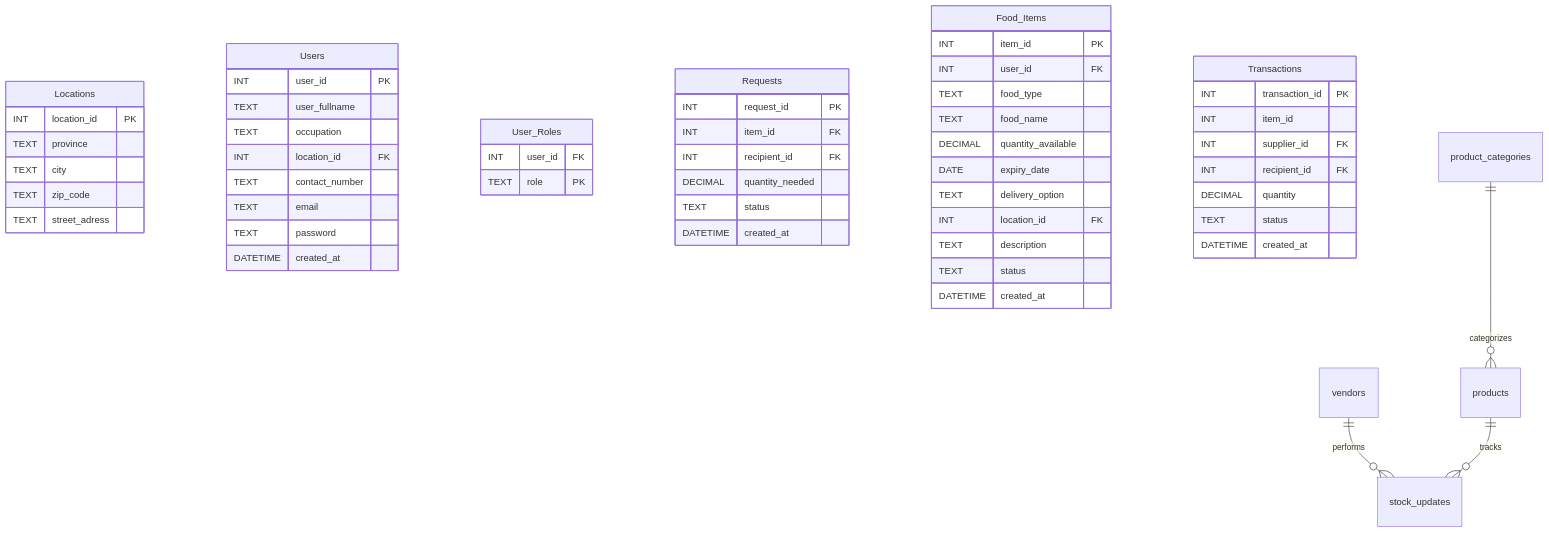
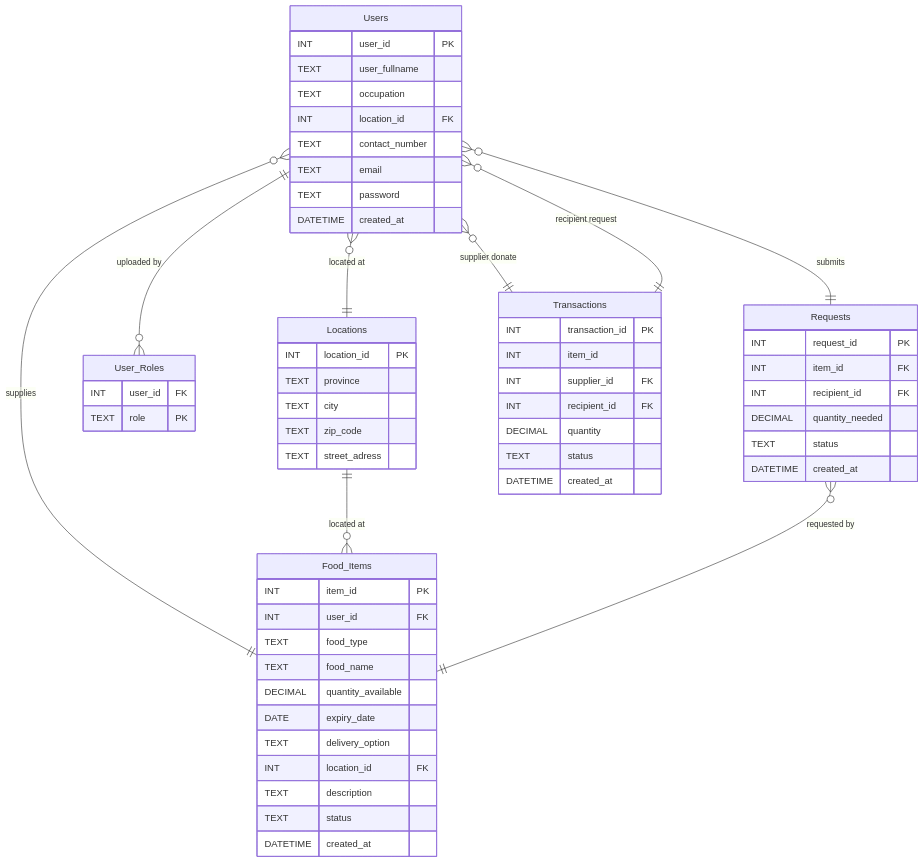
One commit to Cassidy-Thersby/BFB-321 changed the diagram in readme.md. Above: the diagram before and after it, drawn with Mermaid. The commit also changed other lines of this file, not shown here.

First line of the commit message:
Revise database schema and table descriptions in README

````diff
--- a/readme.md
+++ b/readme.md
@@ -68,64 +68,68 @@
 ```mermaid
 erDiagram
    Locations {
         INT  location_id PK
         TEXT province
         TEXT city
         TEXT zip_code
         TEXT street_adress
     }
 
    Users {
         INT user_id PK
         TEXT user_fullname 
         TEXT occupation
         INT location_id FK
         TEXT contact_number
         TEXT email
         TEXT password
         DATETIME created_at
     }
 
    User_Roles {
         INT user_id FK
         TEXT role PK
     }
 
    Requests {
         INT request_id PK
         INT item_id FK
         INT recipient_id FK
         DECIMAL quantity_needed
         TEXT status
         DATETIME created_at
     }
 
    Food_Items {
         INT item_id PK
         INT user_id FK
         TEXT food_type
         TEXT food_name
         DECIMAL quantity_available
         DATE expiry_date
         TEXT delivery_option
         INT location_id FK
         TEXT description
         TEXT status
         DATETIME created_at
     }
 
    Transactions {
         INT transaction_id PK
         INT item_id
         INT supplier_id FK
         INT recipient_id FK
         DECIMAL quantity
         TEXT status
         DATETIME created_at
     }
 
-    product_categories ||--o{ products : "categorizes"
-    vendors ||--o{ stock_updates : "performs"
-    products ||--o{ stock_updates : "tracks"
-
+   Users }o -- || Locations : "located at"
+   Users }o -- || Requests : "submits"
+   Users }o -- || Food_Items : "supplies"
+   Users }o -- || Transactions : "supplier donate"
+   Users }o -- || Transactions : "recipient request"
+   Users || -- o{ User_Roles : "uploaded by"  
+   Locations || -- o{ Food_Items : "located at"  
+   Requests }o -- || Food_Items : "requested by"  
 ```
````
